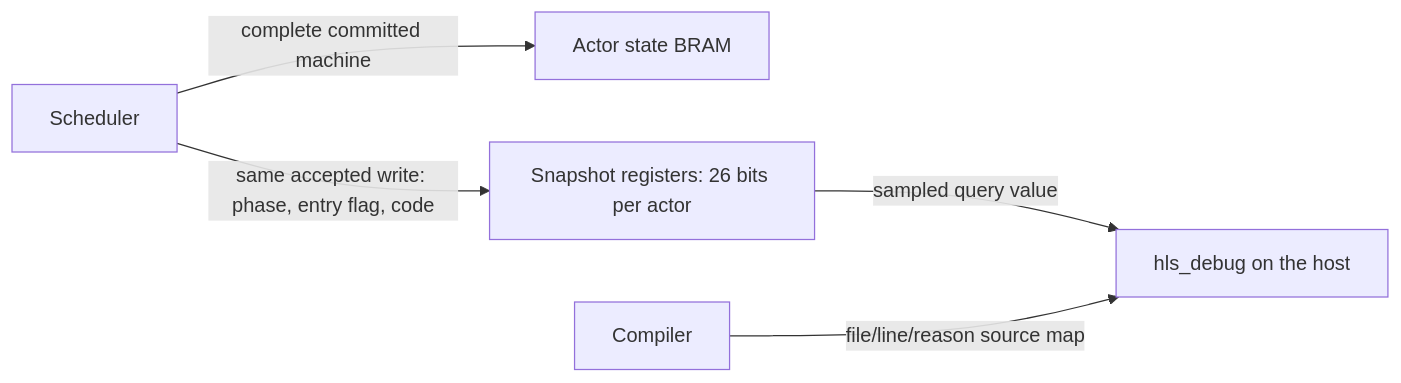
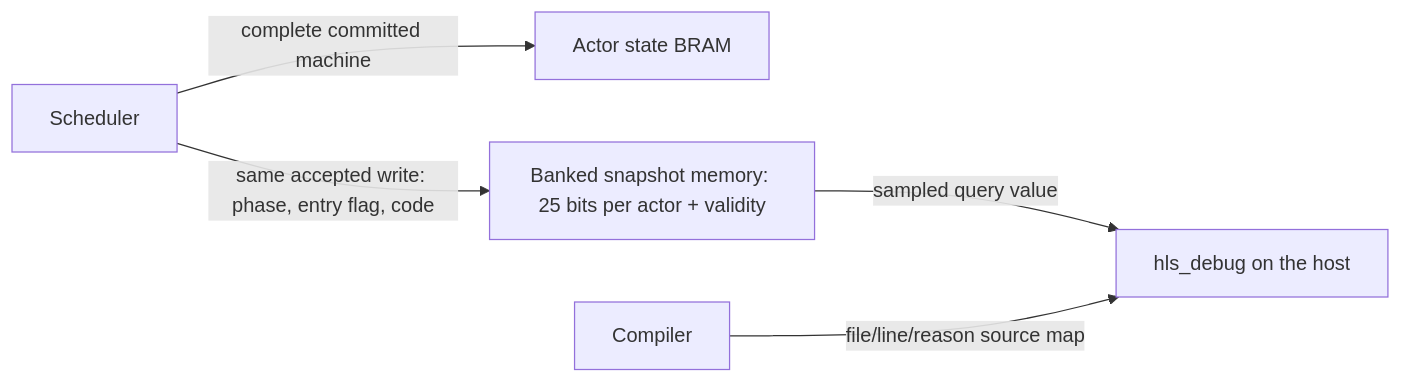
Before and after one commit to ecpeterson/erl_hls: the diagram in docs/topology-debug.md, drawn with Mermaid. The commit also changed other lines of this file and 11 other files, not shown here.

````diff
--- a/docs/topology-debug.md
+++ b/docs/topology-debug.md
@@ -72,7 +72,7 @@
 ```mermaid
 flowchart LR
     Scheduler -->|complete committed machine| BRAM[Actor state BRAM]
-    Scheduler -->|same accepted write: phase, entry flag, code| Shadow[Snapshot registers: 26 bits per actor]
+    Scheduler -->|same accepted write: phase, entry flag, code| Shadow[Banked snapshot memory: 25 bits per actor + validity]
     Shadow -->|sampled query value| Host[hls_debug on the host]
     Compiler -->|file/line/reason source map| Host
 ```
````
